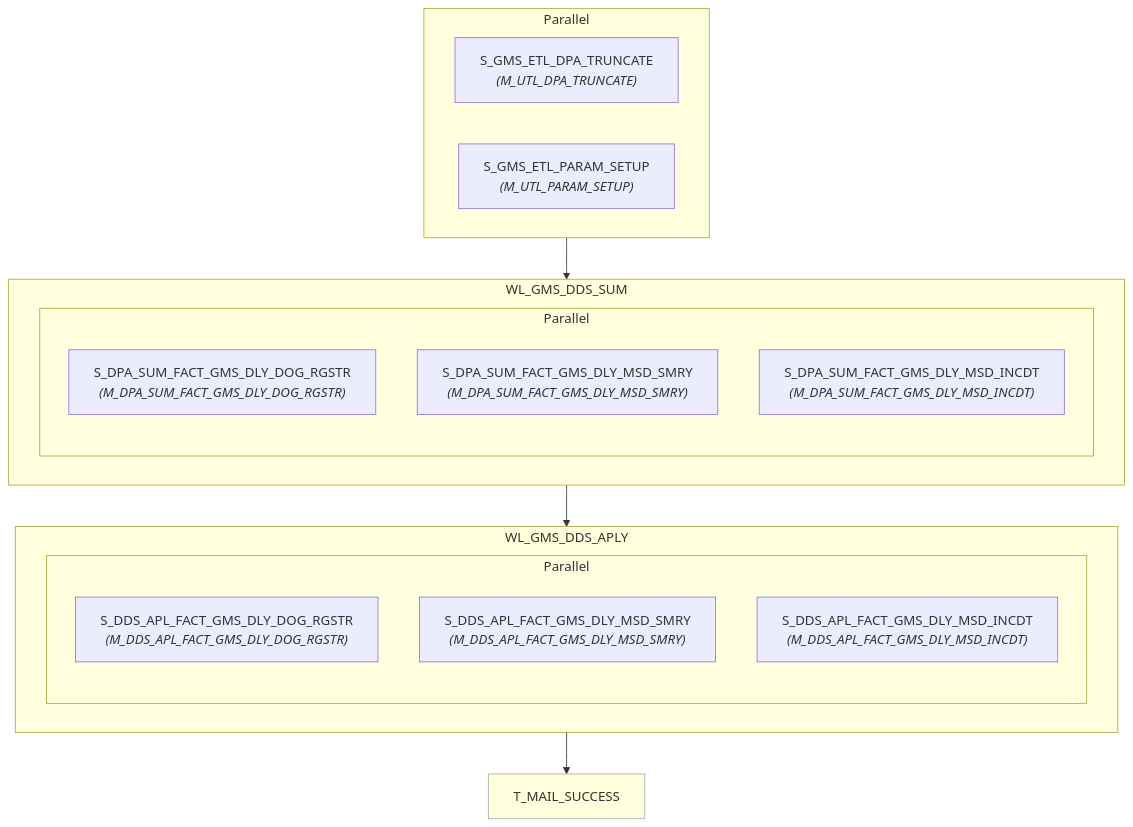
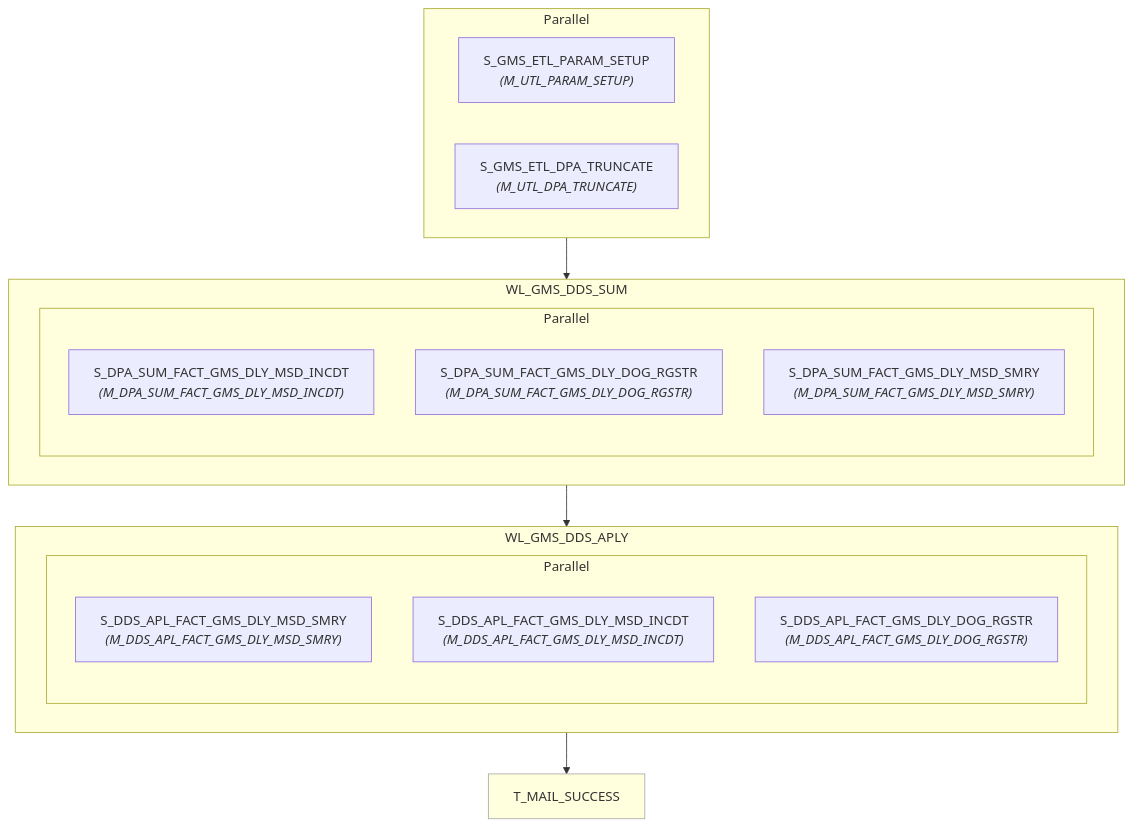
Before and after one commit to asl-adamxu/informatica-sparker-poc: the diagram in informatica/PySpark_workflows/dds/WF_GMS_DDS_APLY_DLY/wf_gms_dds_aply_dly.md, drawn with Mermaid. The commit also changed 222 other files, not shown here.

````diff
--- a/informatica/PySpark_workflows/dds/WF_GMS_DDS_APLY_DLY/wf_gms_dds_aply_dly.md
+++ b/informatica/PySpark_workflows/dds/WF_GMS_DDS_APLY_DLY/wf_gms_dds_aply_dly.md
@@ -7,34 +7,34 @@
 ```mermaid
 flowchart TD
-    n1["S_GMS_ETL_DPA_TRUNCATE<br/><i>(M_UTL_DPA_TRUNCATE)</i>"]
-    n2["S_GMS_ETL_PARAM_SETUP<br/><i>(M_UTL_PARAM_SETUP)</i>"]
+    n1["S_GMS_ETL_PARAM_SETUP<br/><i>(M_UTL_PARAM_SETUP)</i>"]
+    n2["S_GMS_ETL_DPA_TRUNCATE<br/><i>(M_UTL_DPA_TRUNCATE)</i>"]
     subgraph pg3[Parallel]
         n1
         n2
     end
     subgraph wkl4["WL_GMS_DDS_SUM"]
-    n5["S_DPA_SUM_FACT_GMS_DLY_DOG_RGSTR<br/><i>(M_DPA_SUM_FACT_GMS_DLY_DOG_RGSTR)</i>"]
-    n6["S_DPA_SUM_FACT_GMS_DLY_MSD_SMRY<br/><i>(M_DPA_SUM_FACT_GMS_DLY_MSD_SMRY)</i>"]
-    n7["S_DPA_SUM_FACT_GMS_DLY_MSD_INCDT<br/><i>(M_DPA_SUM_FACT_GMS_DLY_MSD_INCDT)</i>"]
+    n5["S_DPA_SUM_FACT_GMS_DLY_MSD_INCDT<br/><i>(M_DPA_SUM_FACT_GMS_DLY_MSD_INCDT)</i>"]
+    n6["S_DPA_SUM_FACT_GMS_DLY_DOG_RGSTR<br/><i>(M_DPA_SUM_FACT_GMS_DLY_DOG_RGSTR)</i>"]
+    n7["S_DPA_SUM_FACT_GMS_DLY_MSD_SMRY<br/><i>(M_DPA_SUM_FACT_GMS_DLY_MSD_SMRY)</i>"]
     subgraph pg8[Parallel]
         n5
         n6
         n7
     end
     end
     subgraph wkl9["WL_GMS_DDS_APLY"]
-    n10["S_DDS_APL_FACT_GMS_DLY_DOG_RGSTR<br/><i>(M_DDS_APL_FACT_GMS_DLY_DOG_RGSTR)</i>"]
-    n11["S_DDS_APL_FACT_GMS_DLY_MSD_SMRY<br/><i>(M_DDS_APL_FACT_GMS_DLY_MSD_SMRY)</i>"]
-    n12["S_DDS_APL_FACT_GMS_DLY_MSD_INCDT<br/><i>(M_DDS_APL_FACT_GMS_DLY_MSD_INCDT)</i>"]
+    n10["S_DDS_APL_FACT_GMS_DLY_MSD_SMRY<br/><i>(M_DDS_APL_FACT_GMS_DLY_MSD_SMRY)</i>"]
+    n11["S_DDS_APL_FACT_GMS_DLY_MSD_INCDT<br/><i>(M_DDS_APL_FACT_GMS_DLY_MSD_INCDT)</i>"]
+    n12["S_DDS_APL_FACT_GMS_DLY_DOG_RGSTR<br/><i>(M_DDS_APL_FACT_GMS_DLY_DOG_RGSTR)</i>"]
     subgraph pg13[Parallel]
         n10
         n11
         n12
     end
     end
     n14["T_MAIL_SUCCESS"]
     style n14 fill:#ffd,stroke:#aaa,stroke-width:1px
     pg3 --> wkl4
     wkl4 --> wkl9
     wkl9 --> n14
 ```
````
